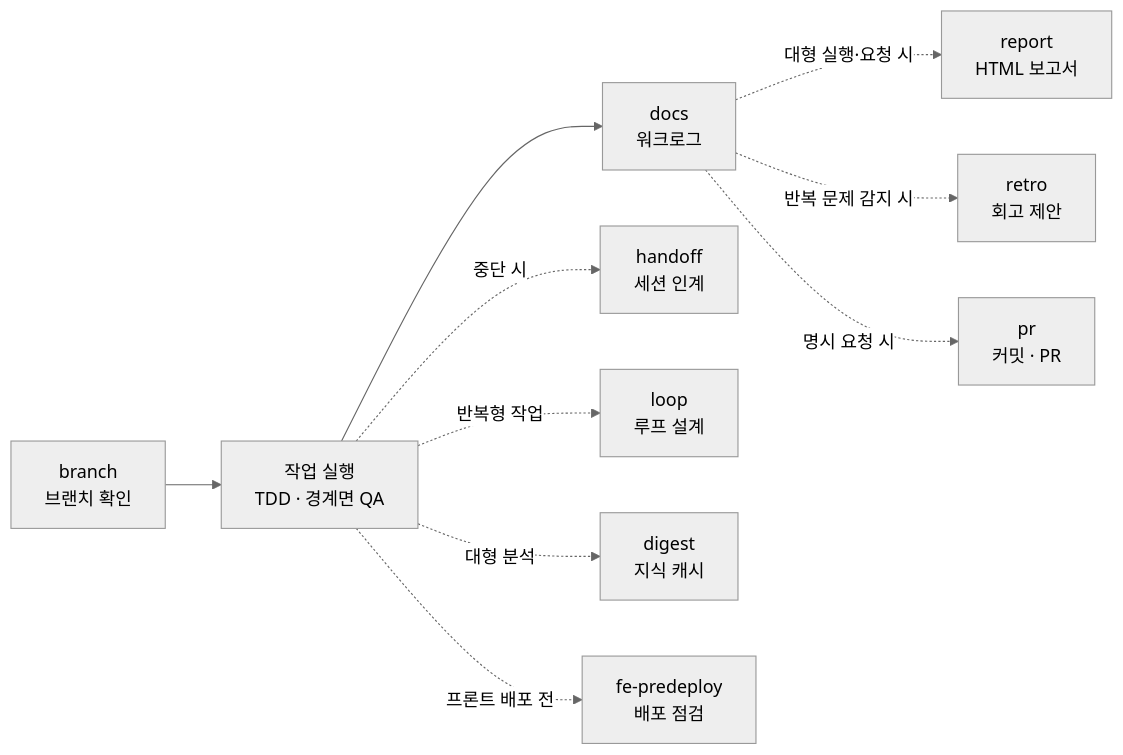
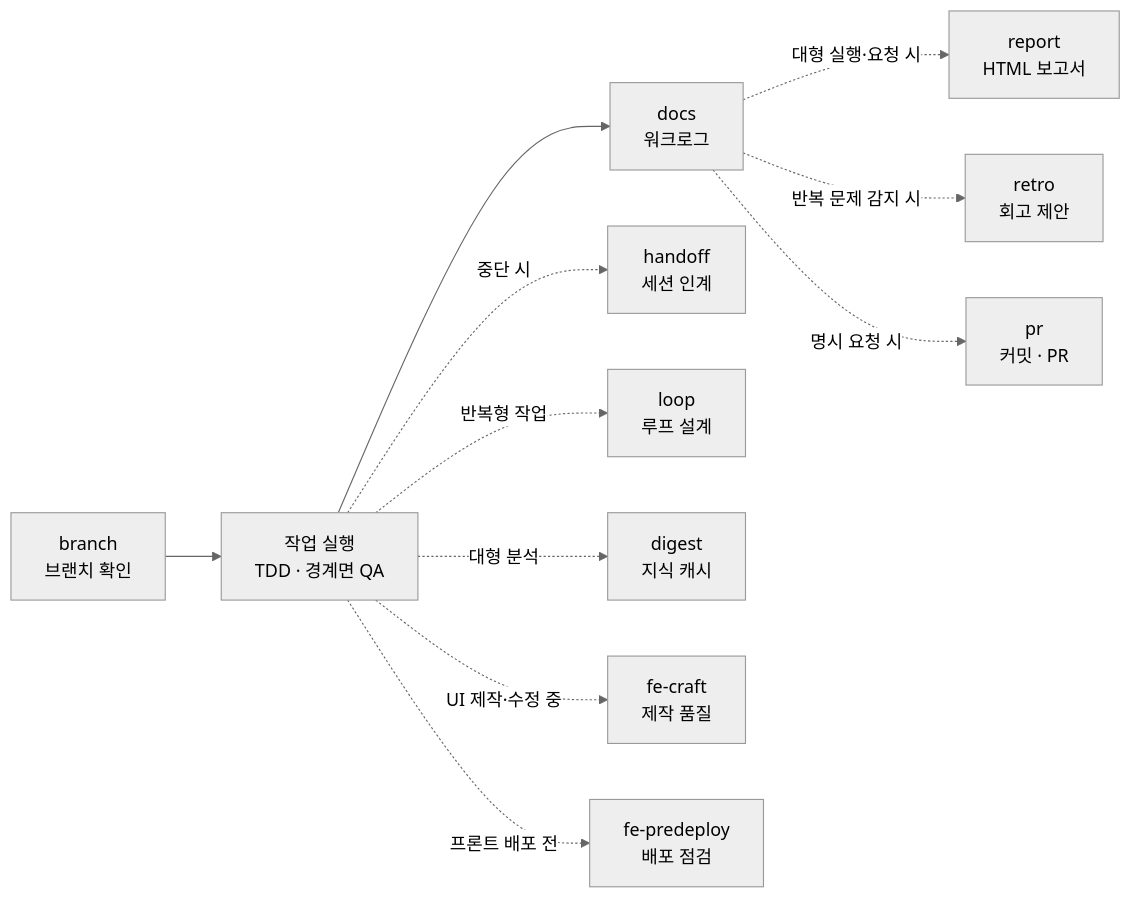
The diagram in README.md (Guksu/guksu-harness), drawn with Mermaid (neutral theme) before and after one commit. The commit also changed other lines of this file and 9 other files, not shown here.

````diff
--- a/README.md
+++ b/README.md
@@ -409,12 +433,13 @@
 ```mermaid
 flowchart LR
     B["branch<br/>브랜치 확인"] --> W["작업 실행<br/>TDD · 경계면 QA"]
     W --> D["docs<br/>워크로그"]
     D -. 대형 실행·요청 시 .-> R["report<br/>HTML 보고서"]
     D -. 반복 문제 감지 시 .-> T["retro<br/>회고 제안"]
     D -. 명시 요청 시 .-> P["pr<br/>커밋 · PR"]
     W -. 중단 시 .-> H["handoff<br/>세션 인계"]
     W -. 반복형 작업 .-> L["loop<br/>루프 설계"]
     W -. 대형 분석 .-> G["digest<br/>지식 캐시"]
+    W -. UI 제작·수정 중 .-> C["fe-craft<br/>제작 품질"]
     W -. 프론트 배포 전 .-> F["fe-predeploy<br/>배포 점검"]
 ```
````
